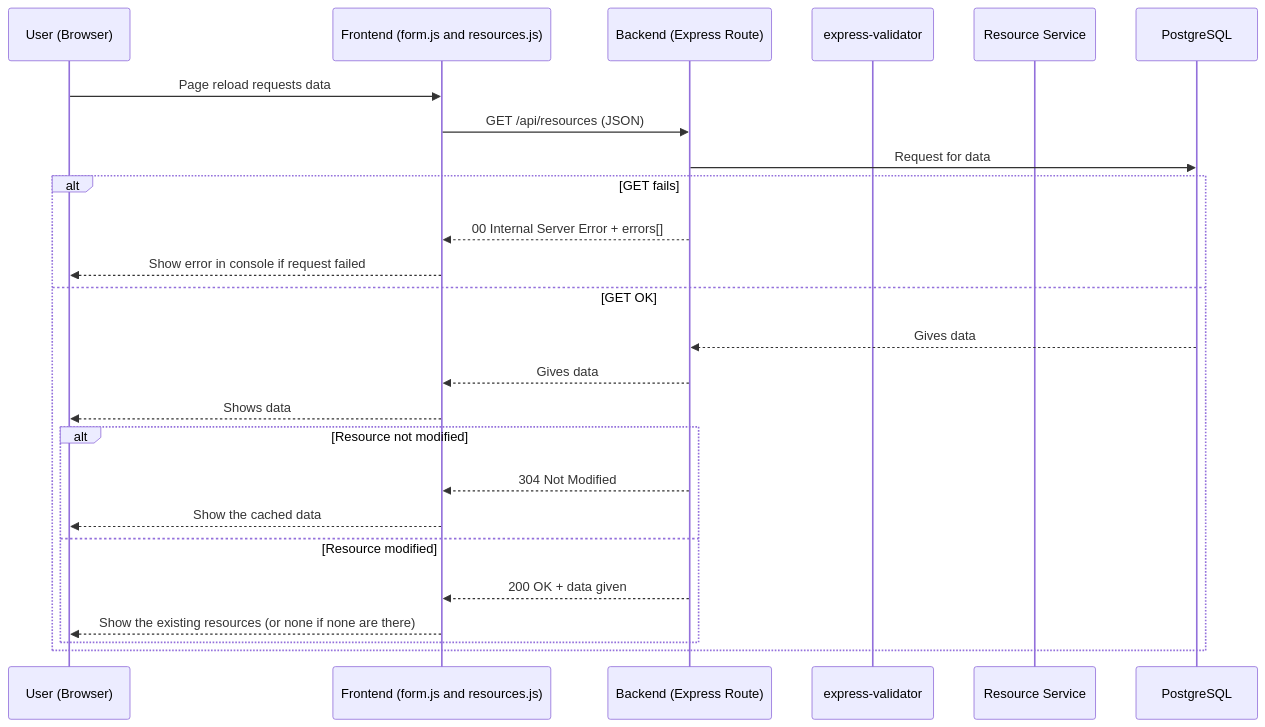
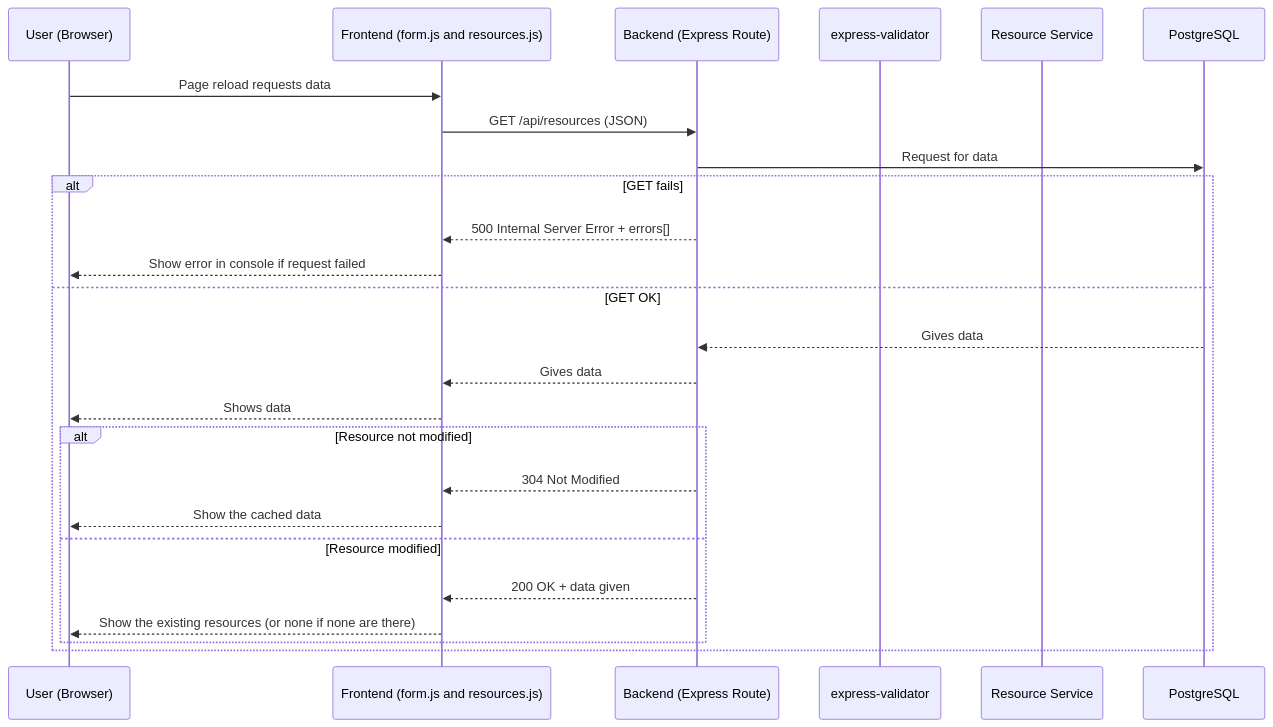
The second of 4 diagrams in BookingSystem/Phase6/G1_CRUD_DataFlow.md (NKRisu/solid-octo-waffle), drawn with Mermaid before and after one commit. The commit also changed other lines of this file, not shown here.

Commit message:
Update G1_CRUD_DataFlow.md
V5

````diff
--- a/BookingSystem/Phase6/G1_CRUD_DataFlow.md
+++ b/BookingSystem/Phase6/G1_CRUD_DataFlow.md
@@ -41,31 +41,31 @@
 ```mermaid
 sequenceDiagram
     participant U as User (Browser)
     participant F as Frontend (form.js and resources.js)
     participant B as Backend (Express Route)
     participant V as express-validator
     participant S as Resource Service
     participant DB as PostgreSQL
 
     U->>F: Page reload requests data
     F->>B: GET /api/resources (JSON)
     B->>DB: Request for data
 
 
     alt GET fails
-        B-->>F: 00 Internal Server Error + errors[]
+        B-->>F: 500 Internal Server Error + errors[]
         F-->>U: Show error in console if request failed
     else GET OK
         DB-->>B: Gives data
         B-->>F: Gives data
         F-->>U: Shows data
 
         alt Resource not modified
             B-->>F: 304 Not Modified
             F-->>U: Show the cached data
         else Resource modified
             B-->>F: 200 OK + data given
             F-->>U: Show the existing resources (or none if none are there)
         end
     end
 ```
````
